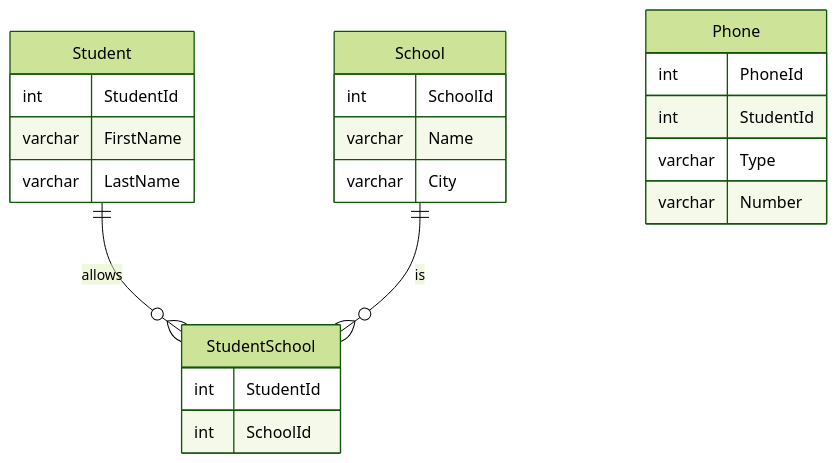
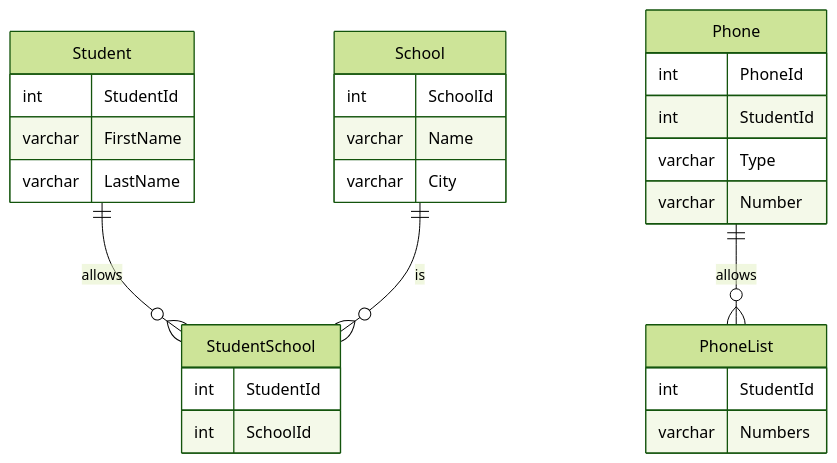
Before and after one commit to Ensosense/db-poject-2022: the diagram in README.md, drawn with Mermaid (forest theme).

Commit message:
Update README.md
Created PhoneList View in the diagram

````diff
--- a/README.md
+++ b/README.md
@@ -3,31 +3,36 @@
 ```mermaid
 erDiagram
 
 
 Student ||--o{ StudentSchool : allows
 Student {
   int StudentId
   varchar FirstName
   varchar LastName
 }
 School ||--o{ StudentSchool : is
 School {
   int SchoolId
   varchar Name
   varchar City
 }
 
 
 StudentSchool { 
 int StudentId
 int SchoolId
 }
 
+Phone || --o{ PhoneList : allows
 Phone {
 int PhoneId
 int StudentId
 varchar Type
 varchar Number
 }
+PhoneList {
+int StudentId
+varchar Numbers
+}
 
 ```
````
